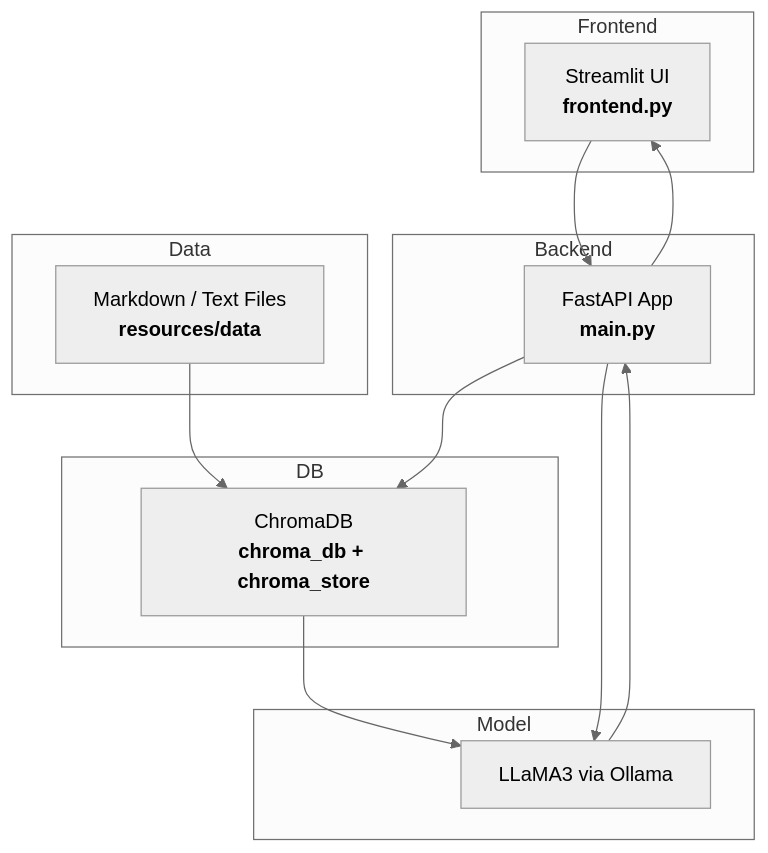
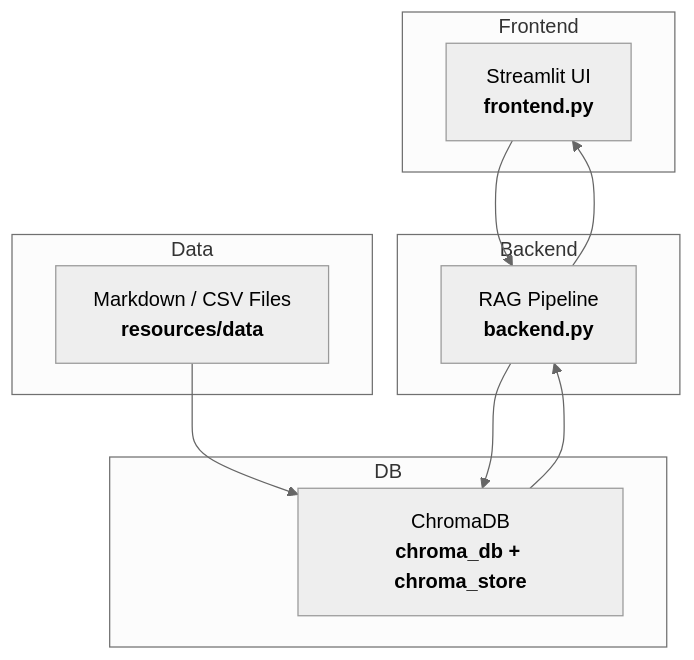
The diagram in README.md (VishwarajsinhKher100/ContextGuard), drawn with Mermaid (neutral theme) before and after one commit. The commit also changed other lines of this file, not shown here.

````diff
--- a/README.md
+++ b/README.md
@@ -83,30 +80,24 @@
 ```mermaid
 flowchart TD
     subgraph Frontend
         ST[Streamlit UI<br><b>frontend.py</b>]
     end
 
     subgraph Backend
-        API[FastAPI App<br><b>main.py</b>]
+        RAG[RAG Pipeline<br><b>backend.py</b>]
     end
 
     subgraph DB
         CH[ChromaDB<br><b>chroma_db + chroma_store</b>]
     end
 
-    subgraph Model
-        LLM[LLaMA3 via Ollama]
+    subgraph Data
+        Files[Markdown / CSV Files<br><b>resources/data</b>]
     end
 
-    subgraph Data
-        Files[Markdown / Text Files<br><b>resources/data</b>]
-    end
-
-    ST --> API
-    API --> CH
-    API --> LLM
-    CH --> LLM
+    ST --> RAG
+    RAG --> CH
     Files --> CH
-    LLM --> API
-    API --> ST
+    CH --> RAG
+    RAG --> ST
 ```
````
